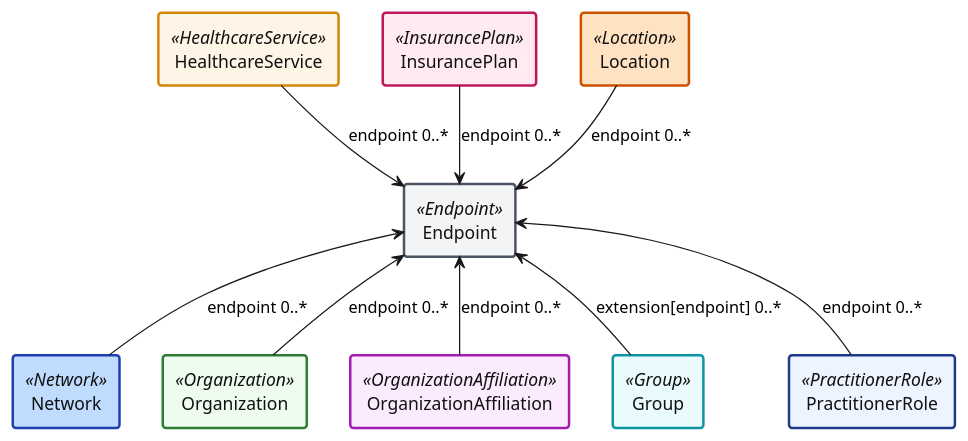
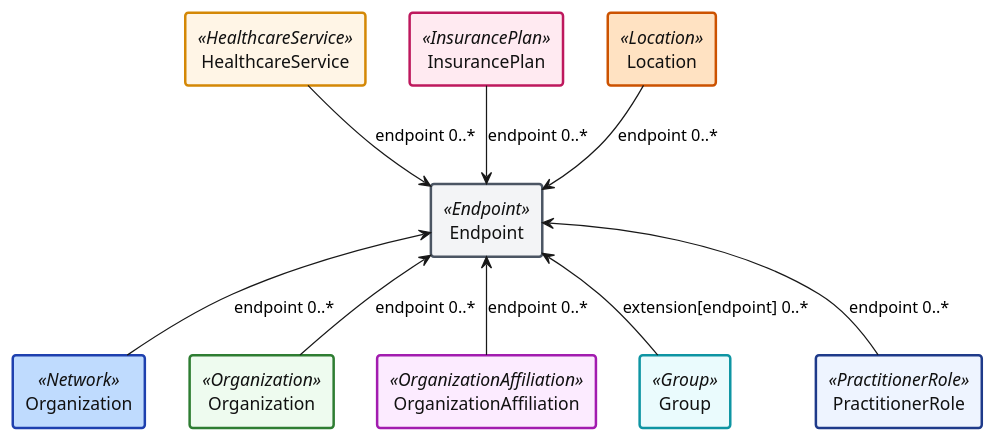
Before and after one commit to ftrotter-gov/fhir-us-ndh: the diagram in input/images-source/RelResource2.plantuml, drawn with PlantUML. The commit also changed 1 other file, not shown here.

Commit message:
reverted changes to organization for network

```diff
--- a/input/images-source/RelResource2.plantuml
+++ b/input/images-source/RelResource2.plantuml
@@ -1,48 +1,48 @@
 @startuml
 
 skinparam svgLinkTarget _top
 skinparam hyperlinkUnderline false
 skinparam agent {
 	FontColor #111111
 	BorderThickness 2
 	BackgroundColor<<Endpoint>> #F3F4F6
 	BorderColor<<Endpoint>> #4B5563
 	BackgroundColor<<HealthcareService>> #FFF5E6
 	BorderColor<<HealthcareService>> #D48806
 	BackgroundColor<<InsurancePlan>> #FFEAF1
 	BorderColor<<InsurancePlan>> #BE185D
 	BackgroundColor<<Location>> #FFE2C2
 	BorderColor<<Location>> #CC5200
 	BackgroundColor<<Network>> #BFDBFE
 	BorderColor<<Network>> #1E40AF
 	BackgroundColor<<Organization>> #EEFBEF
 	BorderColor<<Organization>> #2E7D32
 	BackgroundColor<<OrganizationAffiliation>> #FCEBFF
 	BorderColor<<OrganizationAffiliation>> #A21CAF
 	BackgroundColor<<Group>> #EAFBFD
 	BorderColor<<Group>> #0E95A3
 	BackgroundColor<<PractitionerRole>> #EEF4FF
 	BorderColor<<PractitionerRole>> #1E3A8A
 }
 
 agent Endpoint as endpoint <<Endpoint>> [[StructureDefinition-ndh-Endpoint.html{NDH Endpoint profile}]]
 agent HealthcareService as healthcareService <<HealthcareService>> [[StructureDefinition-ndh-HealthcareService.html{NDH HealthcareService profile}]]
 agent InsurancePlan as insurance <<InsurancePlan>> [[StructureDefinition-ndh-InsurancePlan.html{NDH InsurancePlan profile}]]
 agent Location as location <<Location>> [[StructureDefinition-ndh-Location.html{NDH Location profile}]]
-agent Network as network <<Network>> [[StructureDefinition-ndh-Network.html{NDH Network profile}]]
+agent Organization as network <<Network>> [[StructureDefinition-ndh-Network.html{NDH Network profile}]]
 agent Organization as organization <<Organization>> [[StructureDefinition-ndh-Organization.html{NDH Organization profile}]]
 agent OrganizationAffiliation as organizationaffiliation <<OrganizationAffiliation>> [[StructureDefinition-ndh-OrganizationAffiliation.html{NDH OrganizationAffiliation profile}]]
 agent Group as group <<Group>> [[StructureDefinition-ndh-Group.html{NDH Group profile}]]
 agent PractitionerRole as practitionerrole <<PractitionerRole>> [[StructureDefinition-ndh-PractitionerRole.html{NDH PractitionerRole profile}]]
 
 
 healthcareService -down-> endpoint : "endpoint 0..*" 
 insurance -down-> endpoint : "endpoint 0..*" 
 location -down-> endpoint : "endpoint 0..*" 
 network -up-> endpoint : "endpoint 0..*" 
 organization -up-> endpoint : "endpoint 0..*" 
 organizationaffiliation -up-> endpoint : "endpoint 0..*" 
 group -up-> endpoint : "extension[endpoint] 0..*" 
 practitionerrole -up-> endpoint : "endpoint 0..*"
 
 @enduml
```
